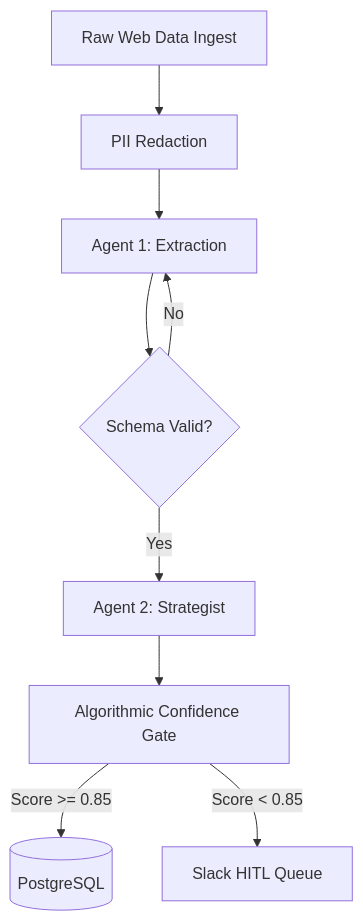
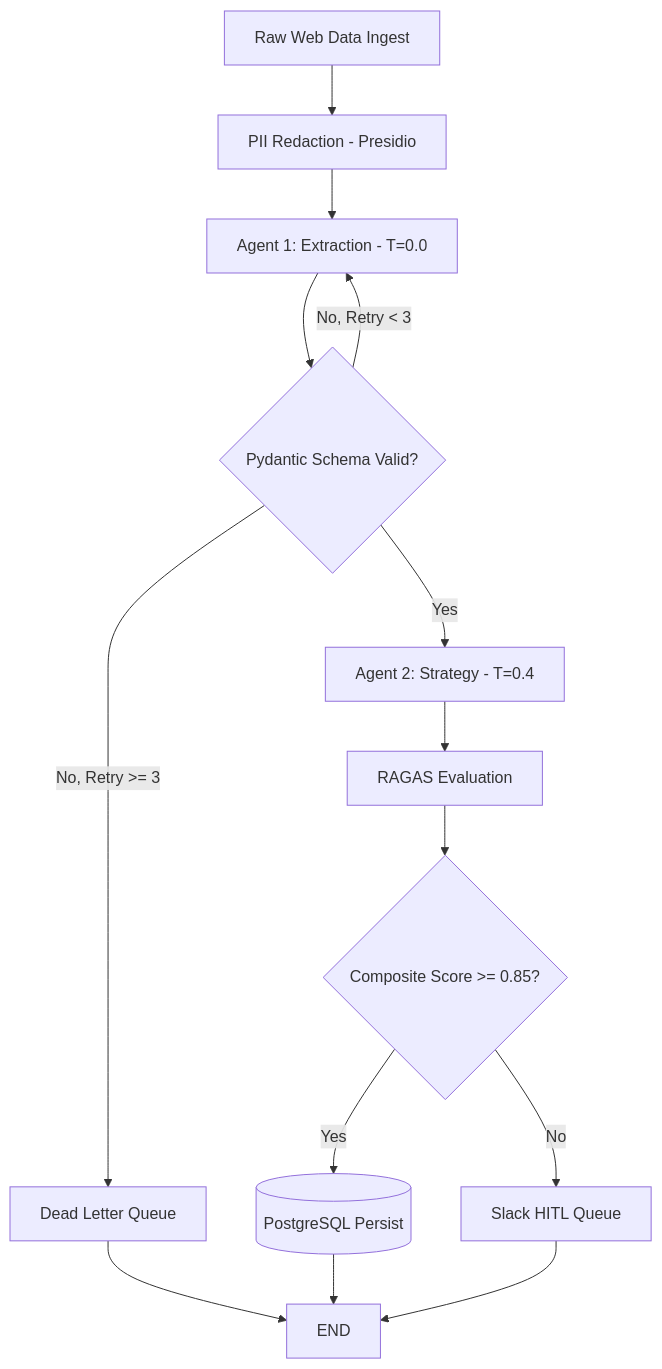
One commit to ruthvikgoud16/Nimblize-demo changed the first of 8 diagrams in docs/Nimblize_Future_Implementation_Roadmap.md. Above: the diagram before and after it, drawn with Mermaid. The commit also changed other lines of this file and 1 other file, not shown here.

Commit message:
Regenerate deep 29-page future implementation roadmap report

````diff
--- a/docs/Nimblize_Future_Implementation_Roadmap.md
+++ b/docs/Nimblize_Future_Implementation_Roadmap.md
@@ -86,11 +144,16 @@
 ```mermaid
 graph TD
-    Ingest[Raw Web Data Ingest] --> PII[PII Redaction]
-    PII --> Agent1[Agent 1: Extraction]
-    Agent1 --> ValidateSchema{Schema Valid?}
-    ValidateSchema -->|No| Agent1
-    ValidateSchema -->|Yes| Agent2[Agent 2: Strategist]
-    Agent2 --> Confidence[Algorithmic Confidence Gate]
-    Confidence -->|Score >= 0.85| DB[(PostgreSQL)]
-    Confidence -->|Score < 0.85| HITL[Slack HITL Queue]
+    A[Raw Web Data Ingest] --> B[PII Redaction - Presidio]
+    B --> C[Agent 1: Extraction - T=0.0]
+    C --> D{Pydantic Schema Valid?}
+    D -->|No, Retry < 3| C
+    D -->|No, Retry >= 3| E[Dead Letter Queue]
+    D -->|Yes| F[Agent 2: Strategy - T=0.4]
+    F --> G[RAGAS Evaluation]
+    G --> H{Composite Score >= 0.85?}
+    H -->|Yes| I[(PostgreSQL Persist)]
+    H -->|No| J[Slack HITL Queue]
+    E --> K[END]
+    I --> K
+    J --> K
 ```
````
